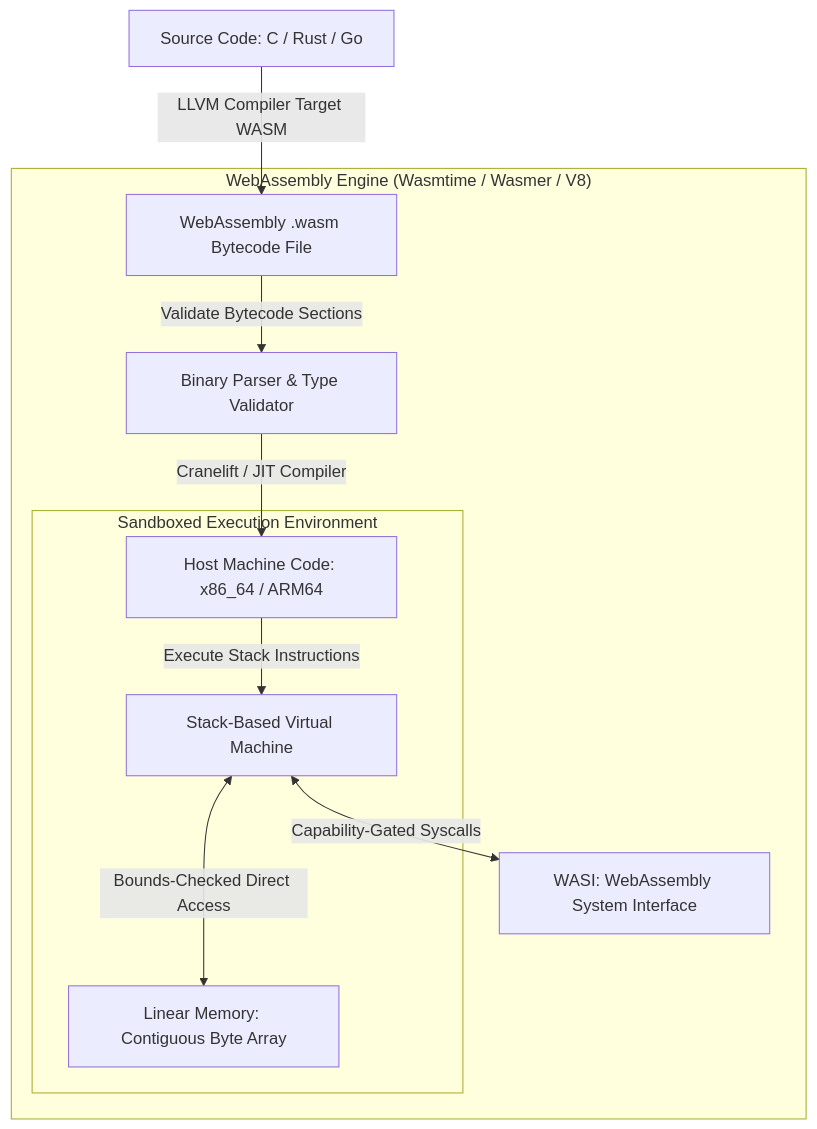
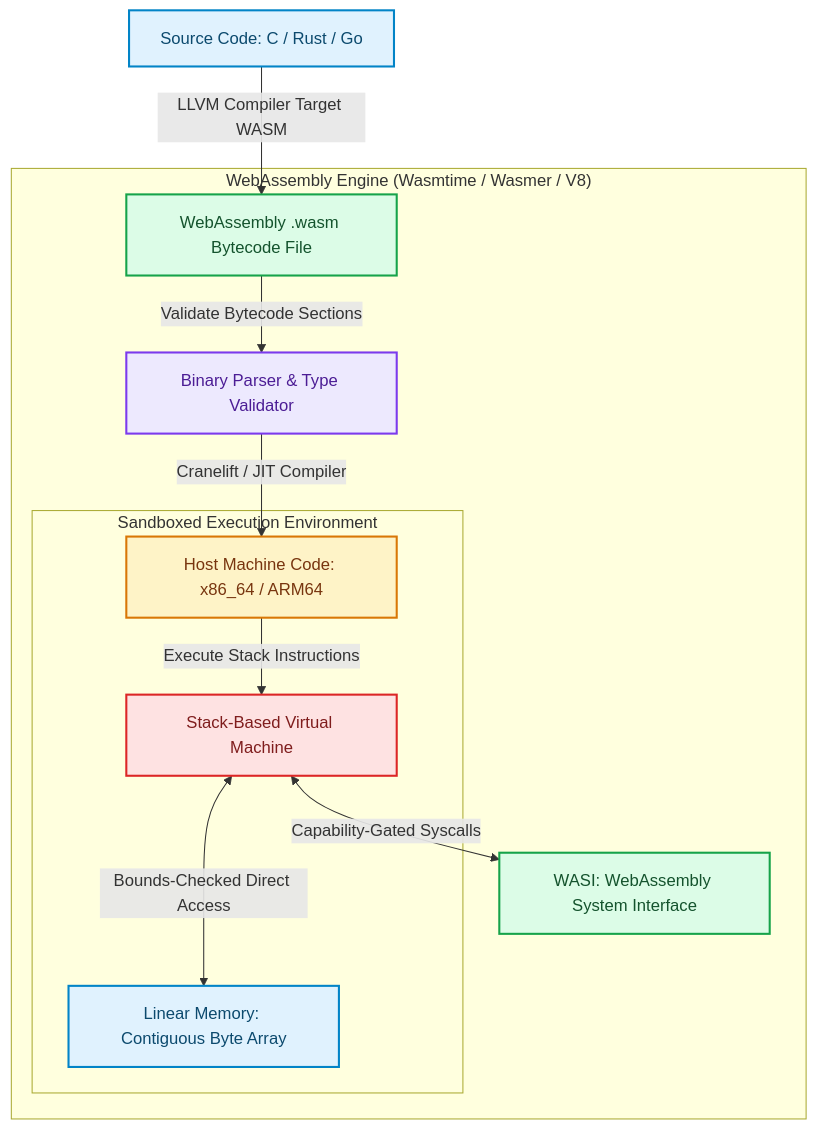
Before and after one commit to akmalkhaniub/akmalkhaniub.github.io: the diagram in blog/posts/webassembly-wasm-engine-architecture-bytecode-jit-compilation.md, drawn with Mermaid. The commit also changed other lines of this file and 1291 other files, not shown here.

First line of the commit message:
feat(catalog): unique covers, scholarly references, and diagram palettes

````diff
--- a/blog/posts/webassembly-wasm-engine-architecture-bytecode-jit-compilation.md
+++ b/blog/posts/webassembly-wasm-engine-architecture-bytecode-jit-compilation.md
@@ -17,16 +17,27 @@
 ```mermaid
 flowchart TD
-  Source[Source Code: C / Rust / Go] -->|LLVM Compiler Target WASM| WasmBytecode[WebAssembly .wasm Bytecode File]
+  Source["Source Code: C / Rust / Go"] -->|LLVM Compiler Target WASM| WasmBytecode["WebAssembly .wasm Bytecode File"]
   
   subgraph SG1_WebassemblyEngineWasmtime ["WebAssembly Engine (Wasmtime / Wasmer / V8)"]
-    WasmBytecode -->|Validate Bytecode Sections| Decoder[Binary Parser & Type Validator]
-    Decoder -->|Cranelift / JIT Compiler| JIT[Host Machine Code: x86_64 / ARM64]
+    WasmBytecode -->|Validate Bytecode Sections| Decoder["Binary Parser & Type Validator"]
+    Decoder -->|Cranelift / JIT Compiler| JIT["Host Machine Code: x86_64 / ARM64"]
     
     subgraph SG2_SandboxedExecutionEnvironment ["Sandboxed Execution Environment"]
-      JIT -->|Execute Stack Instructions| StackVM[Stack-Based Virtual Machine]
-      StackVM <--->|Bounds-Checked Direct Access| LinearMem[Linear Memory: Contiguous Byte Array]
+      JIT -->|Execute Stack Instructions| StackVM["Stack-Based Virtual Machine"]
+      StackVM <--->|Bounds-Checked Direct Access| LinearMem["Linear Memory: Contiguous Byte Array"]
     end
     
-    StackVM <-->|Capability-Gated Syscalls| WASI[WASI: WebAssembly System Interface]
+    StackVM <-->|Capability-Gated Syscalls| WASI["WASI: WebAssembly System Interface"]
   end
+
+classDef green fill:#dcfce7,stroke:#16a34a,stroke-width:2px,color:#14532d;
+classDef red fill:#fee2e2,stroke:#dc2626,stroke-width:2px,color:#7f1d1d;
+classDef blue fill:#e0f2fe,stroke:#0284c7,stroke-width:2px,color:#0c4a6e;
+classDef yellow fill:#fef3c7,stroke:#d97706,stroke-width:2px,color:#78350f;
+classDef purple fill:#ede9fe,stroke:#7c3aed,stroke-width:2px,color:#4c1d95;
+class Source,LinearMem blue
+class WasmBytecode,WASI green
+class Decoder purple
+class JIT yellow
+class StackVM red
 ```
````
